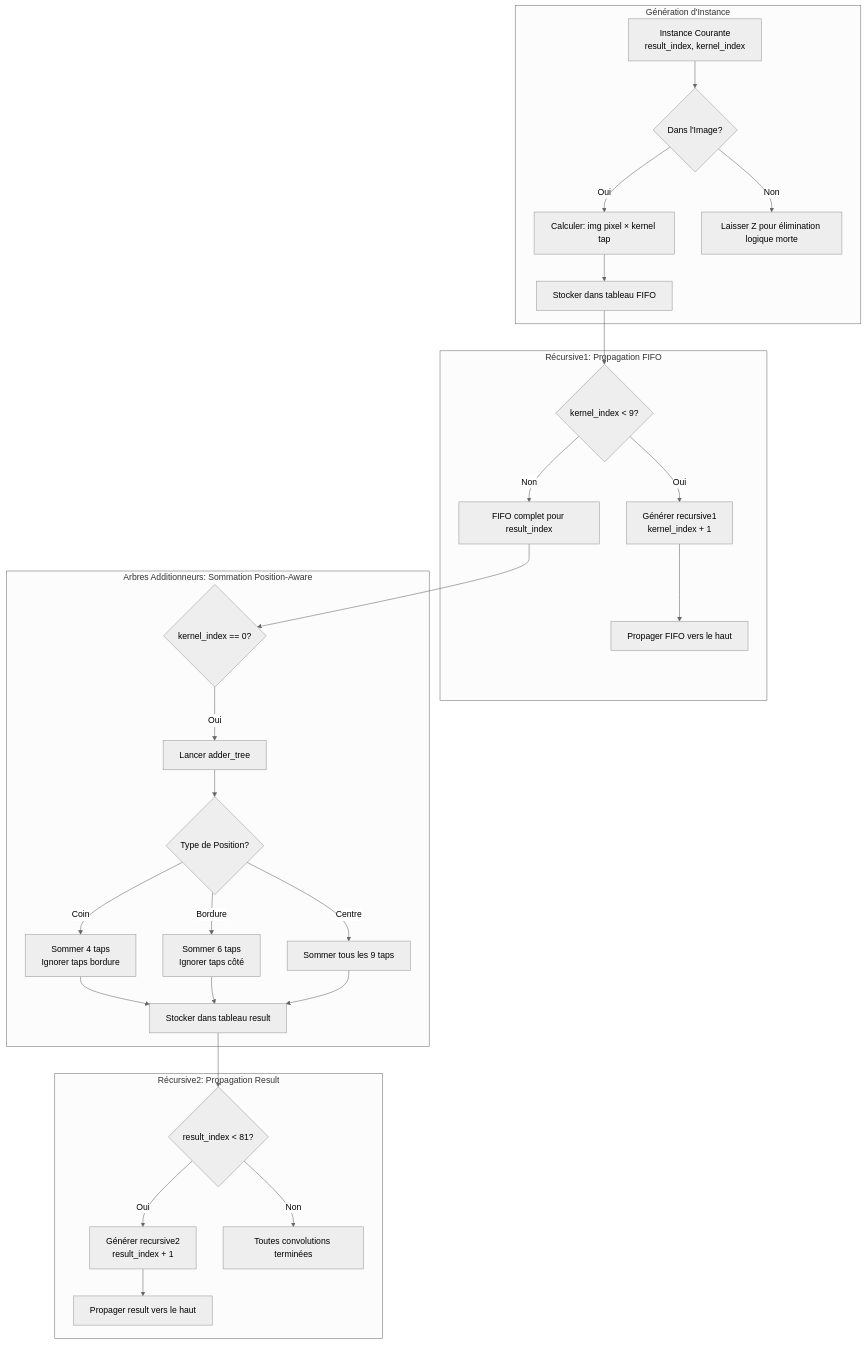
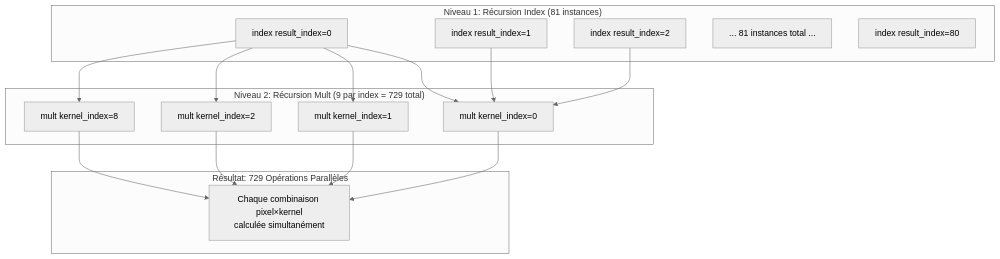
Before and after one commit to jalcim/logilib: the tenth of 15 diagrams in src/tensor/README_FR.md, drawn with Mermaid (neutral theme). The commit also changed other lines of this file and 1 other file, not shown here.

````diff
--- a/src/tensor/README_FR.md
+++ b/src/tensor/README_FR.md
@@ -222,41 +255,32 @@
 ```mermaid
 graph TD
-    subgraph "Génération d'Instance"
-        A[Instance Courante<br/>result_index, kernel_index]
-        A --> B{Dans l'Image?}
-        B -->|Oui| C[Calculer: img pixel × kernel tap]
-        B -->|Non| D[Laisser Z pour élimination logique morte]
-        C --> E[Stocker dans tableau FIFO]
+    subgraph "Niveau 1: Récursion Index (81 instances)"
+        A[index result_index=0]
+        A1[index result_index=1]
+        A2[index result_index=2]
+        A3[... 81 instances total ...]
+        A80[index result_index=80]
     end
 
-    subgraph "Récursive1: Propagation FIFO"
-        F{kernel_index < 9?}
-        F -->|Oui| G[Générer recursive1<br/>kernel_index + 1]
-        G --> H[Propager FIFO vers le haut]
-        F -->|Non| I[FIFO complet pour result_index]
+    subgraph "Niveau 2: Récursion Mult (9 par index = 729 total)"
+        B[mult kernel_index=0]
+        B1[mult kernel_index=1]
+        B2[mult kernel_index=2]
+        B8[mult kernel_index=8]
     end
 
-    subgraph "Arbres Additionneurs: Sommation Position-Aware"
-        J{kernel_index == 0?}
-        J -->|Oui| K[Lancer adder_tree]
-        K --> L{Type de Position?}
-        L -->|Coin| M[Sommer 4 taps<br/>Ignorer taps bordure]
-        L -->|Bordure| N[Sommer 6 taps<br/>Ignorer taps côté]
-        L -->|Centre| O[Sommer tous les 9 taps]
-        M --> P[Stocker dans tableau result]
-        N --> P
-        O --> P
+    subgraph "Résultat: 729 Opérations Parallèles"
+        C[Chaque combinaison pixel×kernel<br/>calculée simultanément]
     end
 
-    subgraph "Récursive2: Propagation Result"
-        Q{result_index < 81?}
-        Q -->|Oui| R[Générer recursive2<br/>result_index + 1]
-        R --> S[Propager result vers le haut]
-        Q -->|Non| T[Toutes convolutions terminées]
-    end
-
-    E --> F
-    I --> J
-    P --> Q
-
+    A --> B
+    A --> B1
+    A --> B2
+    A --> B8
+    A1 --> B
+    A2 --> B
+    B --> C
+    B1 --> C
+    B2 --> C
+    B8 --> C
 ```
````
